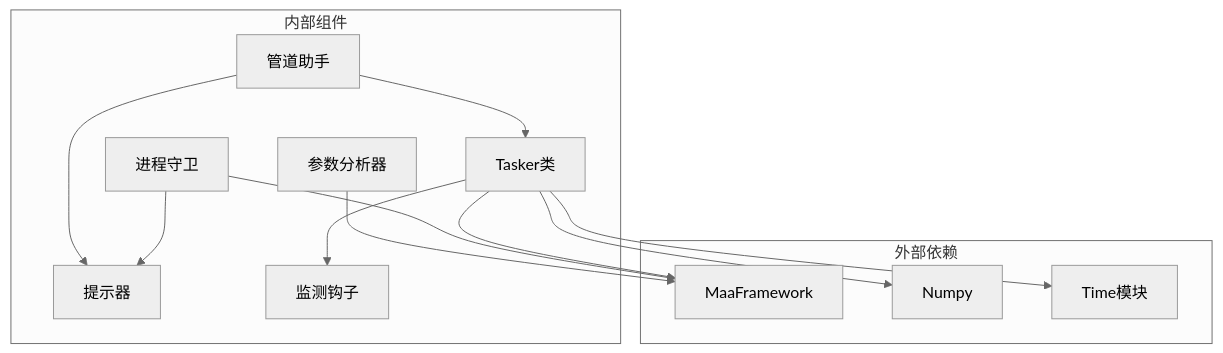
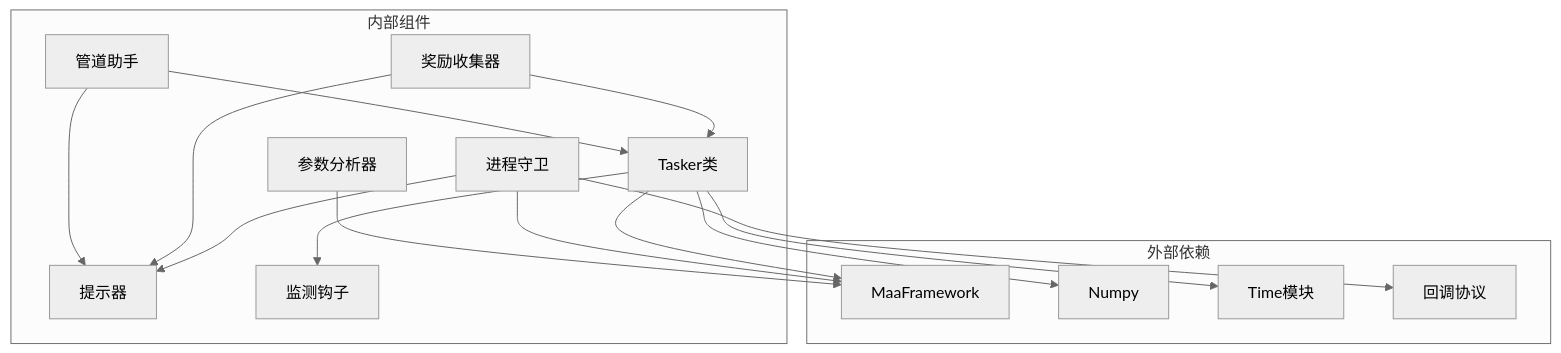
The sixth of 6 diagrams in .qoder/repowiki/zh/content/系统架构与设计/任务流水线架构/流水线执行引擎机制/终止条件与错误处理.md (kqcoxn/MaaDuDuL), drawn with Mermaid (neutral theme) before and after one commit. The commit also changed other lines of this file and 9 other files, not shown here.

````diff
--- a/.qoder/repowiki/zh/content/系统架构与设计/任务流水线架构/流水线执行引擎机制/终止条件与错误处理.md
+++ b/.qoder/repowiki/zh/content/系统架构与设计/任务流水线架构/流水线执行引擎机制/终止条件与错误处理.md
@@ -290,25 +466,30 @@
 ```mermaid
 graph TB
 subgraph "外部依赖"
 MaaFramework[MaaFramework]
 Numpy[Numpy]
 Time[Time模块]
+CallbackProtocol[回调协议]
 end
 subgraph "内部组件"
 Tasker[Tasker类]
 ProcessGuard[进程守卫]
+ReceiveReward[奖励收集器]
 PipelineHelper[管道助手]
 Prompter[提示器]
 ArgvAnalyzer[参数分析器]
 Hooks[监测钩子]
 end
 Tasker --> MaaFramework
 Tasker --> Numpy
 Tasker --> Time
 ProcessGuard --> MaaFramework
 ProcessGuard --> Prompter
+ProcessGuard --> CallbackProtocol
+ReceiveReward --> Tasker
+ReceiveReward --> Prompter
 PipelineHelper --> Tasker
 PipelineHelper --> Prompter
 ArgvAnalyzer --> MaaFramework
 Tasker --> Hooks
 ```
````
